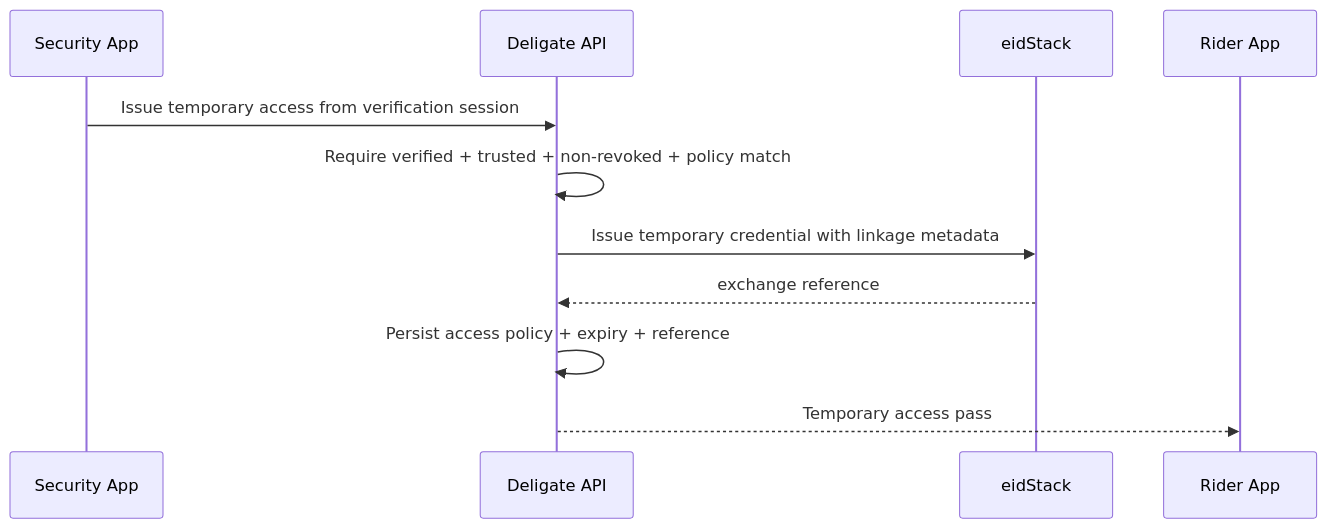
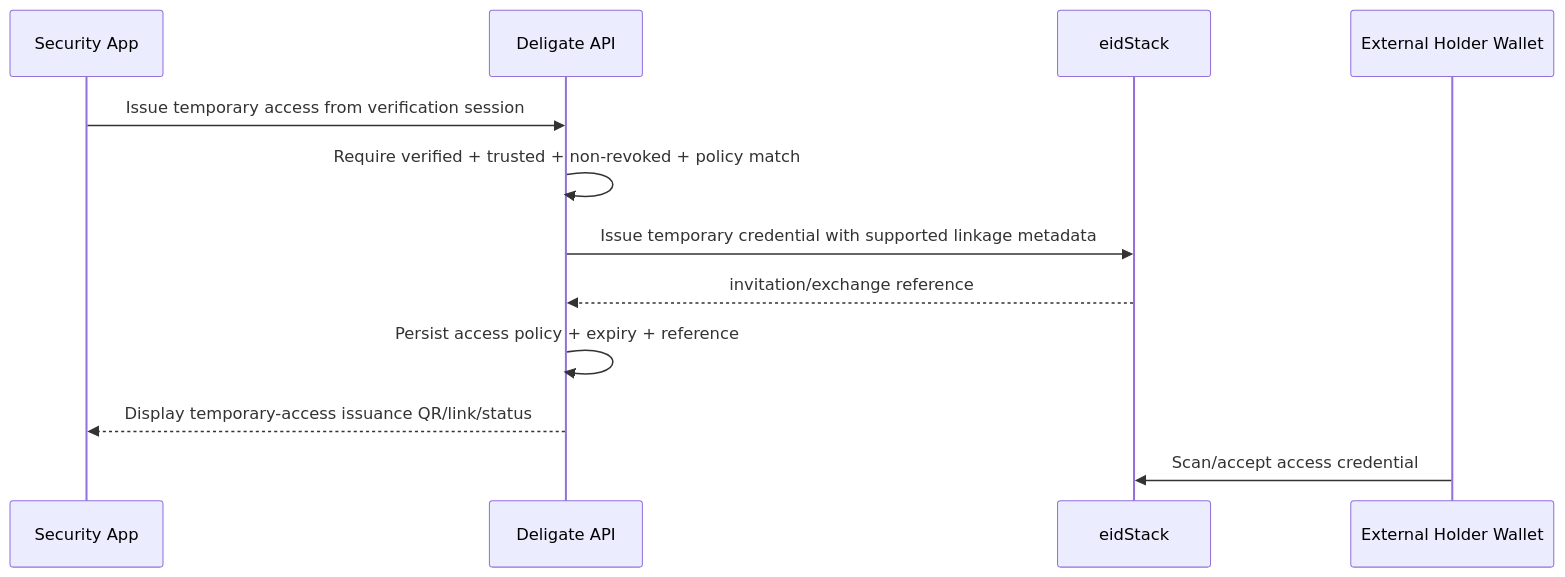
The fourth of 4 diagrams in docs/ARCH.md (midhun00071/Deligate), drawn with Mermaid before and after one commit. The commit also changed other lines of this file and 36 other files, not shown here.

````diff
--- a/docs/ARCH.md
+++ b/docs/ARCH.md
@@ -146,14 +157,15 @@
 ```mermaid
 sequenceDiagram
   participant Guard as Security App
   participant API as Deligate API
   participant ES as eidStack
-  participant Rider as Rider App
+  participant Wallet as External Holder Wallet
 
   Guard->>API: Issue temporary access from verification session
   API->>API: Require verified + trusted + non-revoked + policy match
-  API->>ES: Issue temporary credential with linkage metadata
-  ES-->>API: exchange reference
+  API->>ES: Issue temporary credential with supported linkage metadata
+  ES-->>API: invitation/exchange reference
   API->>API: Persist access policy + expiry + reference
-  API-->>Rider: Temporary access pass
+  API-->>Guard: Display temporary-access issuance QR/link/status
+  Wallet->>ES: Scan/accept access credential
 ```
````
